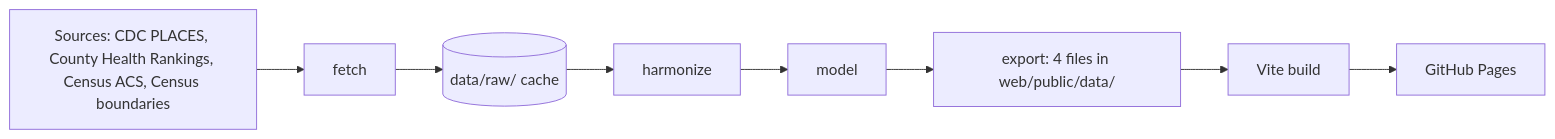
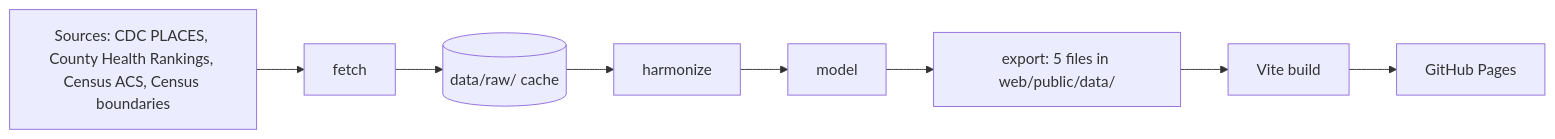
The diagram in README.md (edward-sf/pnw-health-dashboard), drawn with Mermaid before and after one commit. The commit also changed other lines of this file and 23 other files, not shown here.

````diff
--- a/README.md
+++ b/README.md
@@ -24,12 +24,12 @@
 ```mermaid
 flowchart LR
     src["Sources: CDC PLACES, County Health Rankings, Census ACS, Census boundaries"]
     fetch["fetch"]
     raw[("data/raw/ cache")]
     harmonize["harmonize"]
     model["model"]
-    export["export: 4 files in web/public/data/"]
+    export["export: 5 files in web/public/data/"]
     build["Vite build"]
     pages["GitHub Pages"]
     src --> fetch --> raw --> harmonize --> model --> export --> build --> pages
 ```
````
